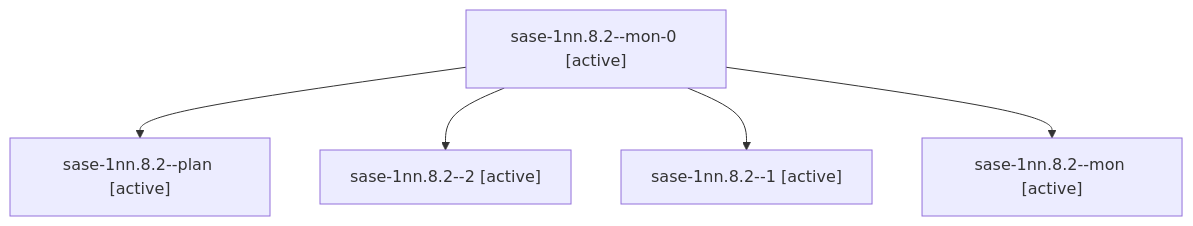
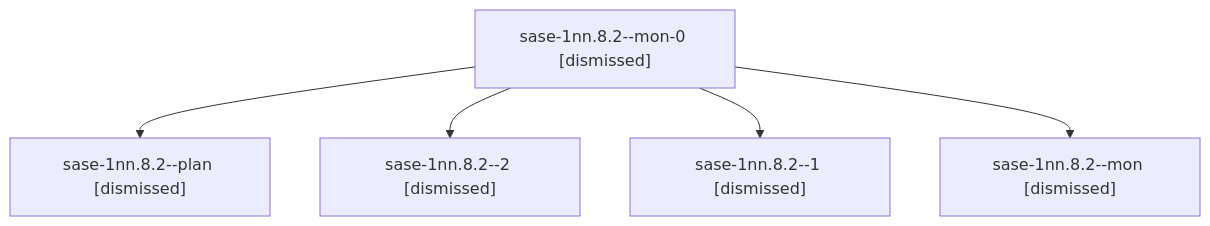
Before and after one commit to sase-org/sase--agents: the diagram in sessions/bbugyi200.athena.sase-1nn.8.2.md, drawn with Mermaid. The commit also changed other lines of this file and 188 other files, not shown here.

````diff
--- a/sessions/bbugyi200.athena.sase-1nn.8.2.md
+++ b/sessions/bbugyi200.athena.sase-1nn.8.2.md
@@ -9,12 +9,12 @@
 ```mermaid
 flowchart TD
-  n0["sase-1nn.8.2--mon-0 [active]"]
-  n1["sase-1nn.8.2--plan [active]"]
+  n0["sase-1nn.8.2--mon-0 [dismissed]"]
+  n1["sase-1nn.8.2--plan [dismissed]"]
   n0 --> n1
-  n2["sase-1nn.8.2--2 [active]"]
+  n2["sase-1nn.8.2--2 [dismissed]"]
   n0 --> n2
-  n3["sase-1nn.8.2--1 [active]"]
+  n3["sase-1nn.8.2--1 [dismissed]"]
   n0 --> n3
-  n4["sase-1nn.8.2--mon [active]"]
+  n4["sase-1nn.8.2--mon [dismissed]"]
   n0 --> n4
 ```
````
